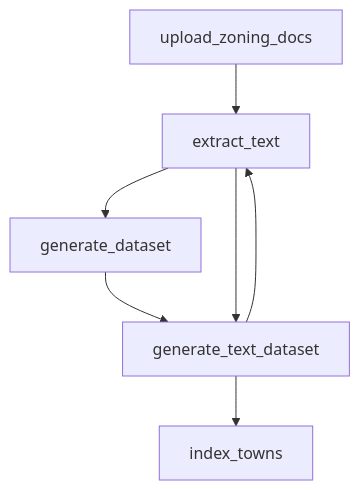
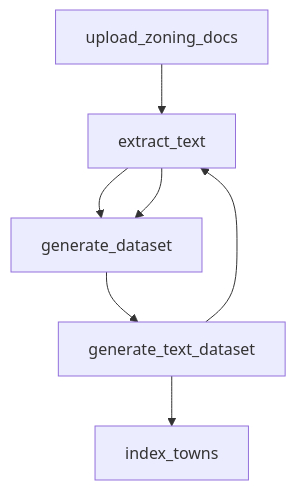
One commit to Sarang-Pramode/AEC-Tech-RhinoPage changed the diagram in output.mmd. Above: the diagram before and after it, drawn with Mermaid.

Commit message:
Auto-commit: 2023-11-04 16:42:46

```diff
--- a/output.mmd
+++ b/output.mmd
@@ -1,12 +1,12 @@
 flowchart TD
 	node1["extract_text"]
 	node2["generate_dataset"]
 	node3["generate_text_dataset"]
 	node4["index_towns"]
 	node5["upload_zoning_docs"]
 	node1-->node2
 	node2-->node3
 	node3-->node4
 	node5-->node1
-	node1-->node3
+	node1-->node2
 	node3-->node1
```
